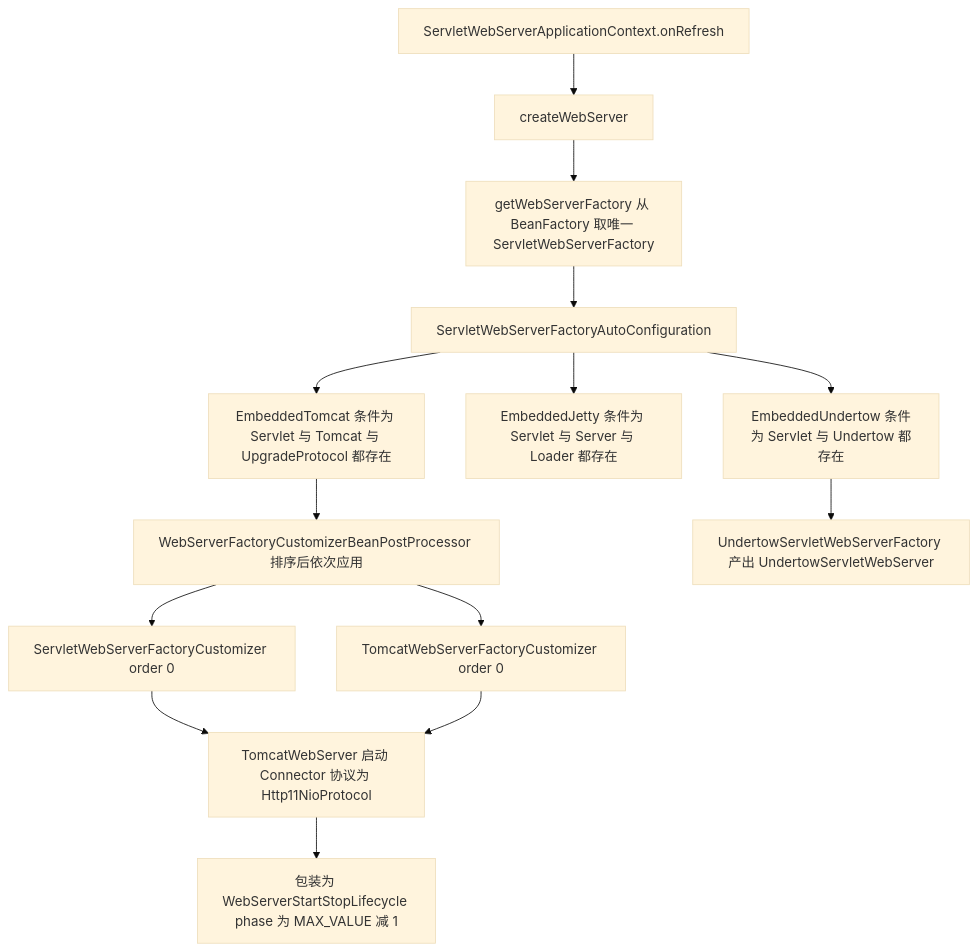
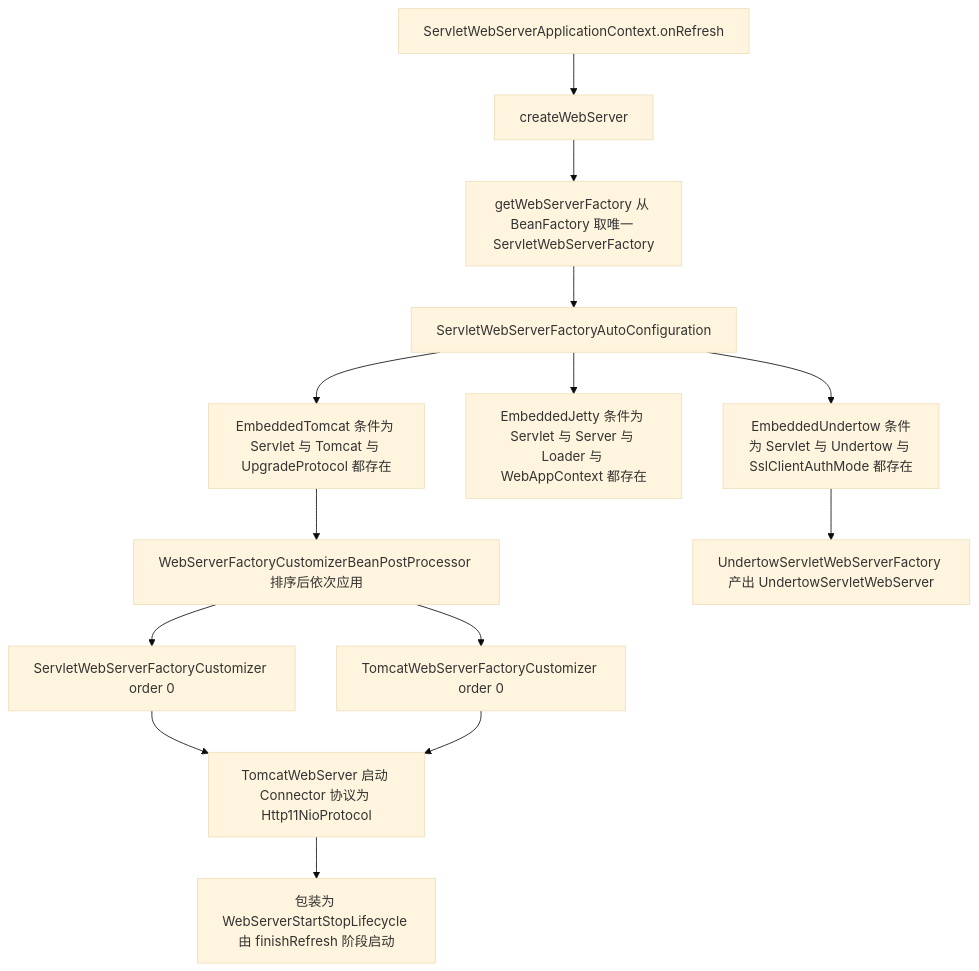
The sixth of 9 diagrams in 04-spring/03-SpringBoot原理.md (jacketan/java-interview), drawn with Mermaid (base theme) before and after one commit. The commit also changed other lines of this file and 38 other files, not shown here.

````diff
--- a/04-spring/03-SpringBoot原理.md
+++ b/04-spring/03-SpringBoot原理.md
@@ -896,16 +902,16 @@
 ```mermaid
 flowchart TD
   SVC["ServletWebServerApplicationContext.onRefresh"] --> CWS["createWebServer"]
   CWS --> GF["getWebServerFactory 从 BeanFactory 取唯一 ServletWebServerFactory"]
   GF --> AC["ServletWebServerFactoryAutoConfiguration"]
   AC --> T["EmbeddedTomcat 条件为 Servlet 与 Tomcat 与 UpgradeProtocol 都存在"]
-  AC --> J["EmbeddedJetty 条件为 Servlet 与 Server 与 Loader 都存在"]
-  AC --> U["EmbeddedUndertow 条件为 Servlet 与 Undertow 都存在"]
+  AC --> J["EmbeddedJetty 条件为 Servlet 与 Server 与 Loader 与 WebAppContext 都存在"]
+  AC --> U["EmbeddedUndertow 条件为 Servlet 与 Undertow 与 SslClientAuthMode 都存在"]
   T --> CUST["WebServerFactoryCustomizerBeanPostProcessor 排序后依次应用"]
   CUST --> SP["ServletWebServerFactoryCustomizer order 0"]
   CUST --> TC["TomcatWebServerFactoryCustomizer order 0"]
   SP --> WS["TomcatWebServer 启动 Connector 协议为 Http11NioProtocol"]
   TC --> WS
-  WS --> LIFE["包装为 WebServerStartStopLifecycle phase 为 MAX_VALUE 减 1"]
+  WS --> LIFE["包装为 WebServerStartStopLifecycle 由 finishRefresh 阶段启动"]
   U --> UW["UndertowServletWebServerFactory 产出 UndertowServletWebServer"]
 ```
````
